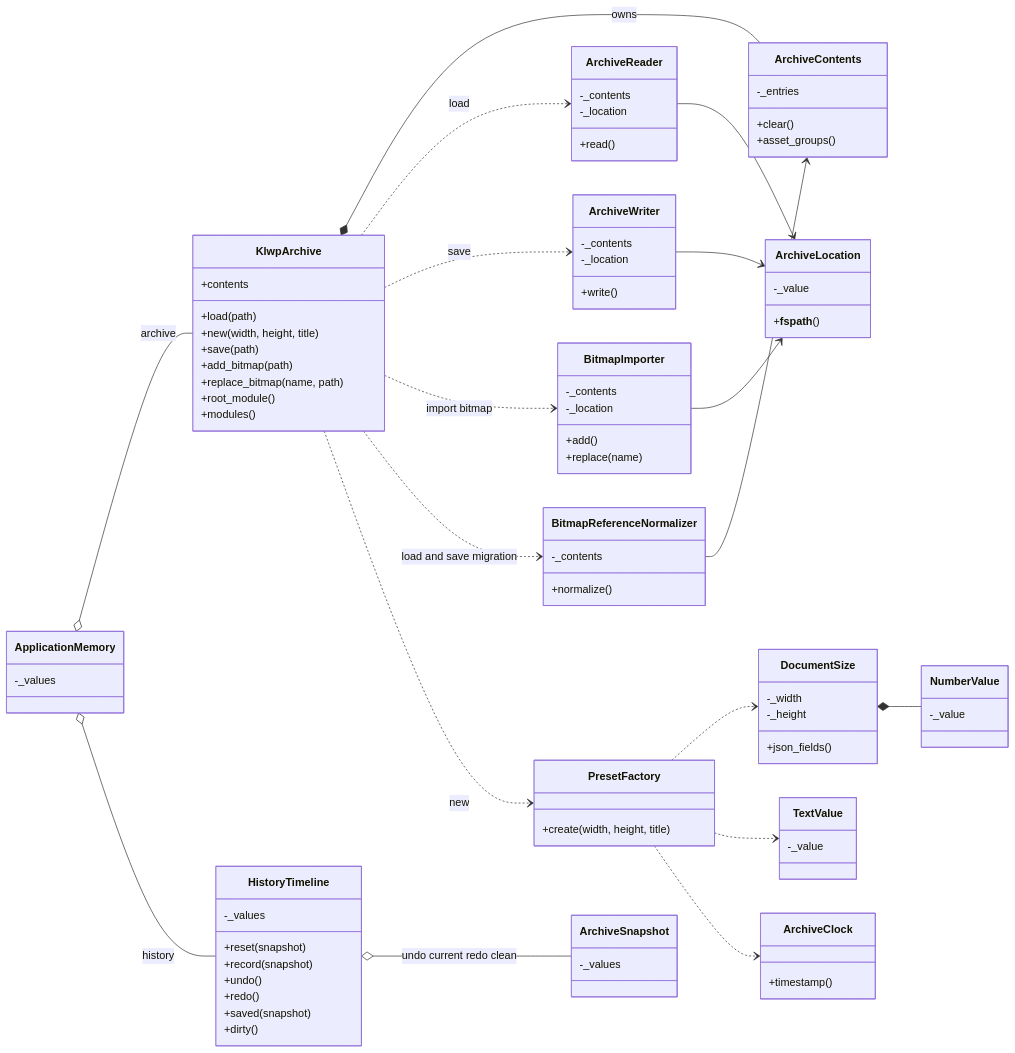
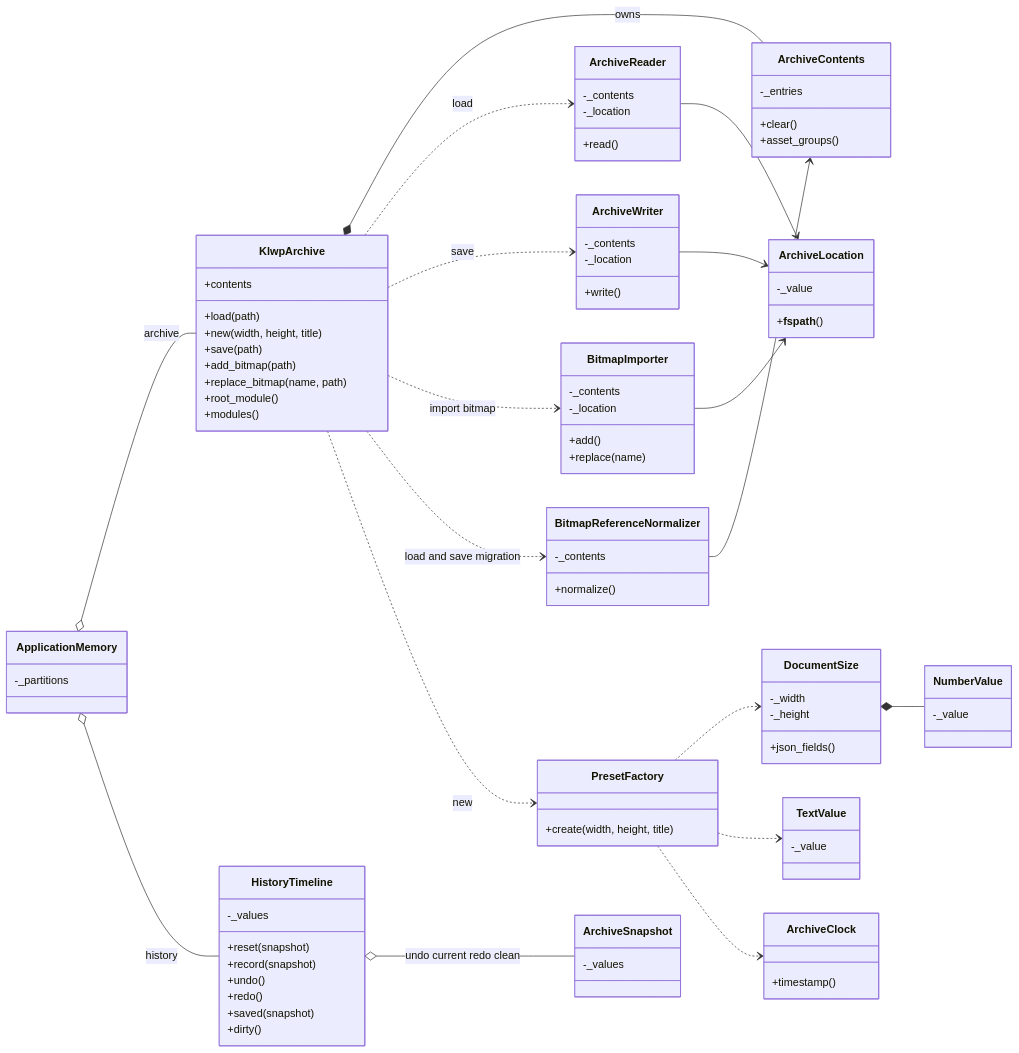
One commit to k014c1287/klwp_pc_editor changed the second of 25 diagrams in doc/KLWPエディタ_設計仕様.md. Above: the diagram before and after it, drawn with Mermaid. The commit also changed other lines of this file and 60 other files, not shown here.

```diff
--- a/doc/KLWPエディタ_設計仕様.md
+++ b/doc/KLWPエディタ_設計仕様.md
@@ -260,7 +284,7 @@
     direction LR
 
     class ApplicationMemory {
-        -_values
+        -_partitions
     }
     class KlwpArchive {
         +contents
```
